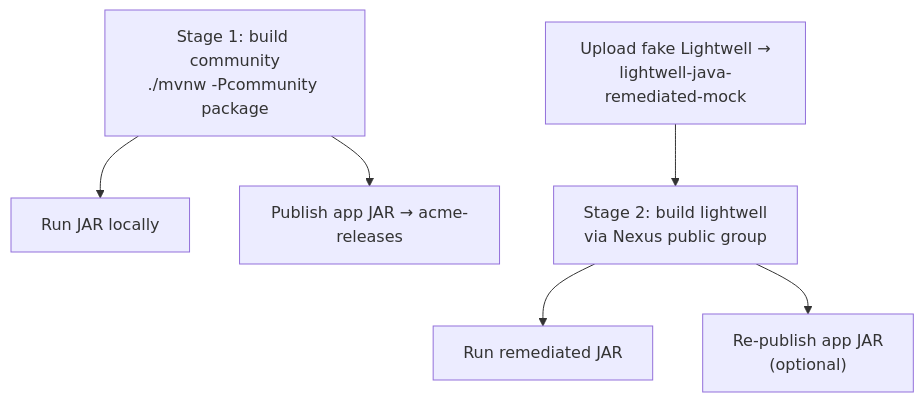
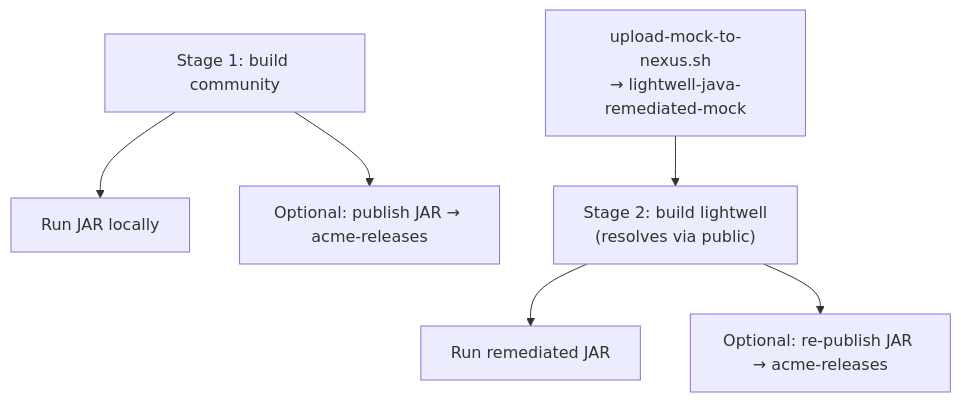
One commit to ansible-tmm/lightwell_app changed the third of 3 diagrams in README.md. Above: the diagram before and after it, drawn with Mermaid. The commit also changed other lines of this file, not shown here.

First line of the commit message:
Fix Mermaid diagrams: labeled edges, split layout from publish paths.

````diff
--- a/README.md
+++ b/README.md
@@ -46,8 +58,8 @@
 ```mermaid
 flowchart TD
-  S1["Stage 1: build community\n./mvnw -Pcommunity package"] --> Run1["Run JAR locally"]
-  S1 --> Pub["Publish app JAR → acme-releases"]
-  Prep["Upload fake Lightwell →\nlightwell-java-remediated-mock"] --> S2
-  S2["Stage 2: build lightwell\nvia Nexus public group"] --> Run2["Run remediated JAR"]
-  S2 --> Pub2["Re-publish app JAR\n(optional)"]
+  S1["Stage 1: build community"] --> Run1["Run JAR locally"]
+  S1 --> Pub1["Optional: publish JAR → acme-releases"]
+  Prep["upload-mock-to-nexus.sh\n→ lightwell-java-remediated-mock"] --> S2
+  S2["Stage 2: build lightwell\n(resolves via public)"] --> Run2["Run remediated JAR"]
+  S2 --> Pub2["Optional: re-publish JAR → acme-releases"]
 ```
````
